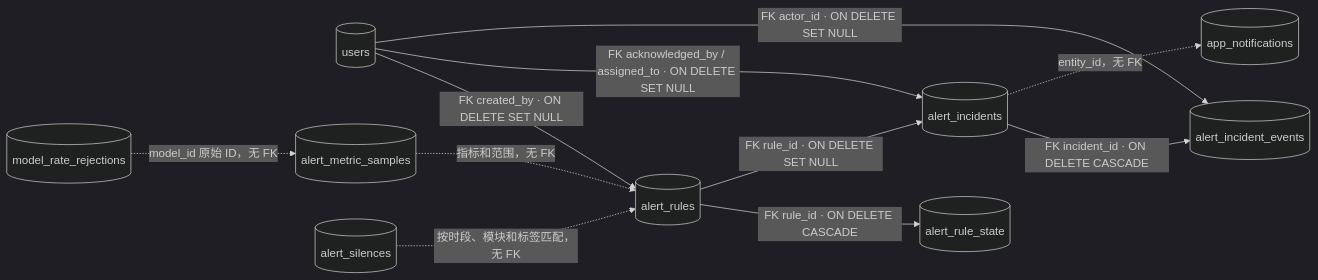
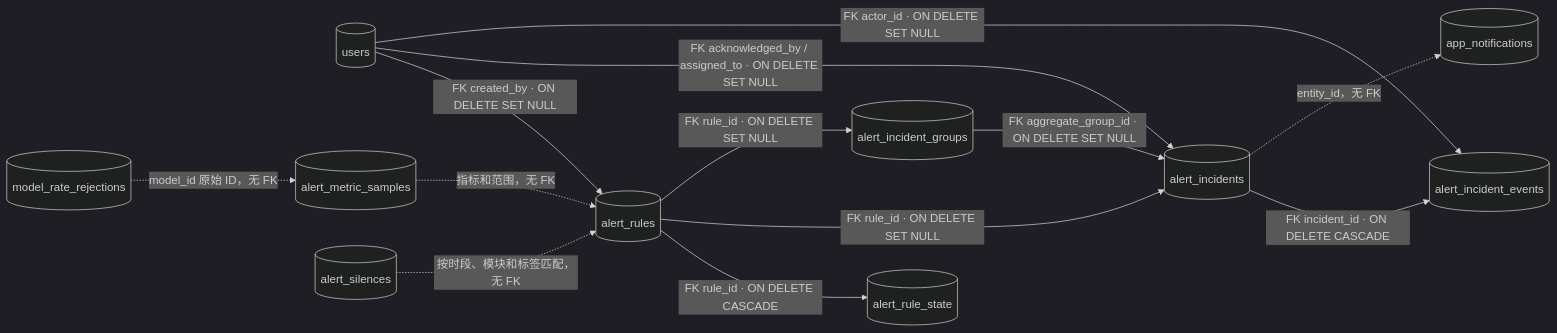
Before and after one commit to weiAX95/admin: the sixth of 21 diagrams in docs/database-relationships.md, drawn with Mermaid (dark theme). The commit also changed other lines of this file and 5 other files, not shown here.

Commit message:
feat: aggregate repeated alert incidents by window

````diff
--- a/docs/database-relationships.md
+++ b/docs/database-relationships.md
@@ -114,13 +114,15 @@
 ```mermaid
 flowchart LR
   Users[(users)] -->|"FK created_by · ON DELETE SET NULL"| Rules[(alert_rules)]
   Users -->|"FK acknowledged_by / assigned_to · ON DELETE SET NULL"| Incidents[(alert_incidents)]
   Users -->|"FK actor_id · ON DELETE SET NULL"| Actions[(alert_incident_events)]
   Rules -->|"FK rule_id · ON DELETE CASCADE"| State[(alert_rule_state)]
   Rules -->|"FK rule_id · ON DELETE SET NULL"| Incidents
   Incidents -->|"FK incident_id · ON DELETE CASCADE"| Actions
+  Rules -->|"FK rule_id · ON DELETE SET NULL"| Groups[(alert_incident_groups)]
+  Groups -->|"FK aggregate_group_id · ON DELETE SET NULL"| Incidents
   Samples[(alert_metric_samples)] -. "指标和范围，无 FK" .-> Rules
   RateReject[(model_rate_rejections)] -. "model_id 原始 ID，无 FK" .-> Samples
   Incidents -. "entity_id，无 FK" .-> Notifications[(app_notifications)]
   Silences[(alert_silences)] -. "按时段、模块和标签匹配，无 FK" .-> Rules
 ```
````
